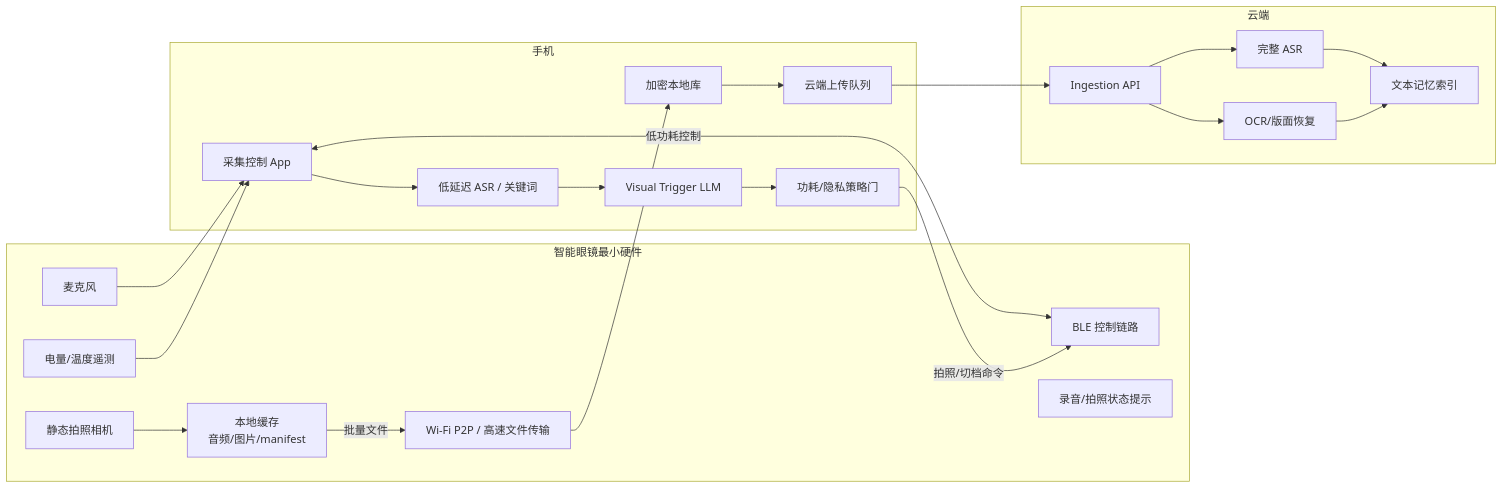
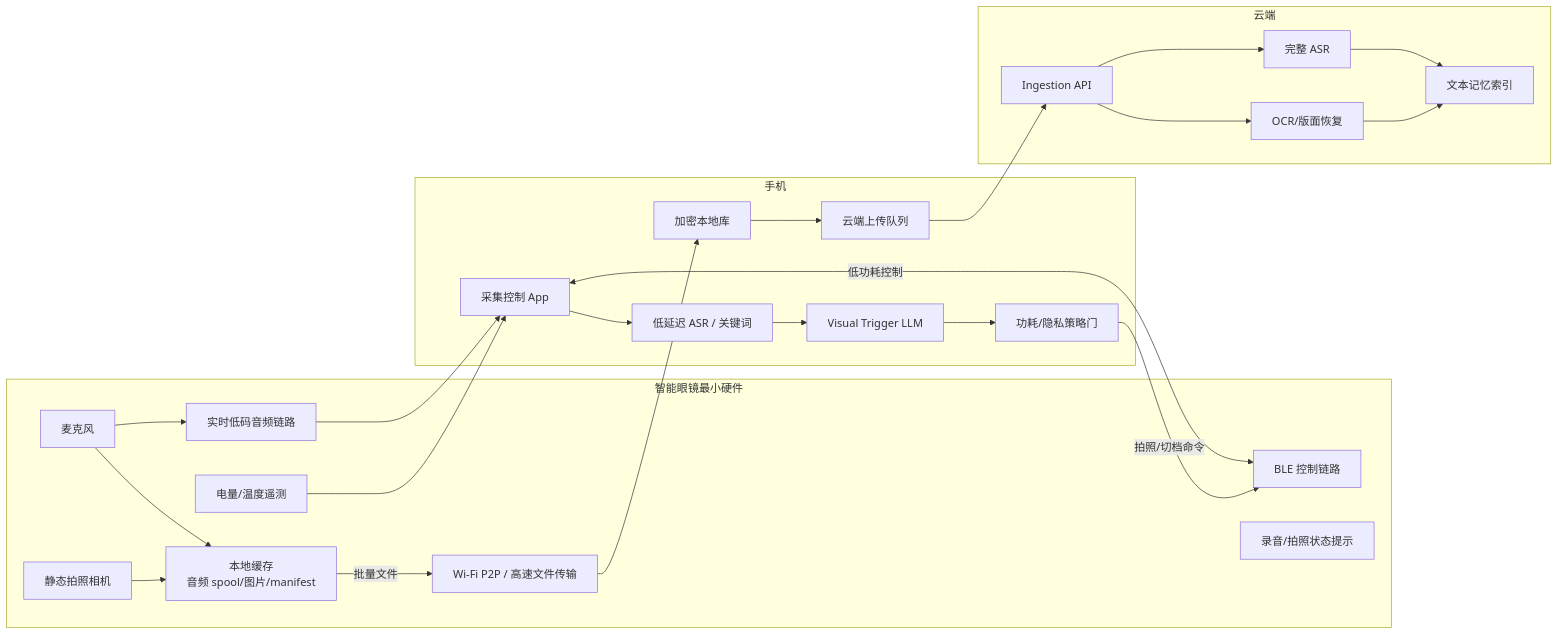
One commit to masonYau/glass_agent_planning changed the first of 4 diagrams in software_architecture/confirm/minimal_text_capture_architecture.md. Above: the diagram before and after it, drawn with Mermaid. The commit also changed other lines of this file and 2 other files, not shown here.

````diff
--- a/software_architecture/confirm/minimal_text_capture_architecture.md
+++ b/software_architecture/confirm/minimal_text_capture_architecture.md
@@ -34,40 +34,42 @@
 ```mermaid
 flowchart LR
   subgraph Glass["智能眼镜最小硬件"]
     Mic["麦克风"]
     Cam["静态拍照相机"]
-    Store["本地缓存<br/>音频/图片/manifest"]
+    Store["本地缓存<br/>音频 spool/图片/manifest"]
     BLE["BLE 控制链路"]
+    AudioLink["实时低码音频链路"]
     P2P["Wi-Fi P2P / 高速文件传输"]
     Battery["电量/温度遥测"]
     Indicator["录音/拍照状态提示"]
   end
 
   subgraph Phone["手机"]
     App["采集控制 App"]
     ASR["低延迟 ASR / 关键词"]
     LLM["Visual Trigger LLM"]
     Policy["功耗/隐私策略门"]
     Cache["加密本地库"]
     Uploader["云端上传队列"]
   end
 
   subgraph Cloud["云端"]
     Ingest["Ingestion API"]
     AsrJob["完整 ASR"]
     OcrJob["OCR/版面恢复"]
     Index["文本记忆索引"]
   end
 
-  Mic --> App
+  Mic --> AudioLink --> App
+  Mic --> Store
   Cam --> Store
   Battery --> App
   App <-->|"低功耗控制"| BLE
   Store -->|"批量文件"| P2P
   P2P --> Cache
   App --> ASR --> LLM --> Policy
   Policy -->|"拍照/切档命令"| BLE
   Cache --> Uploader --> Ingest
   Ingest --> AsrJob --> Index
   Ingest --> OcrJob --> Index
 ```
````
